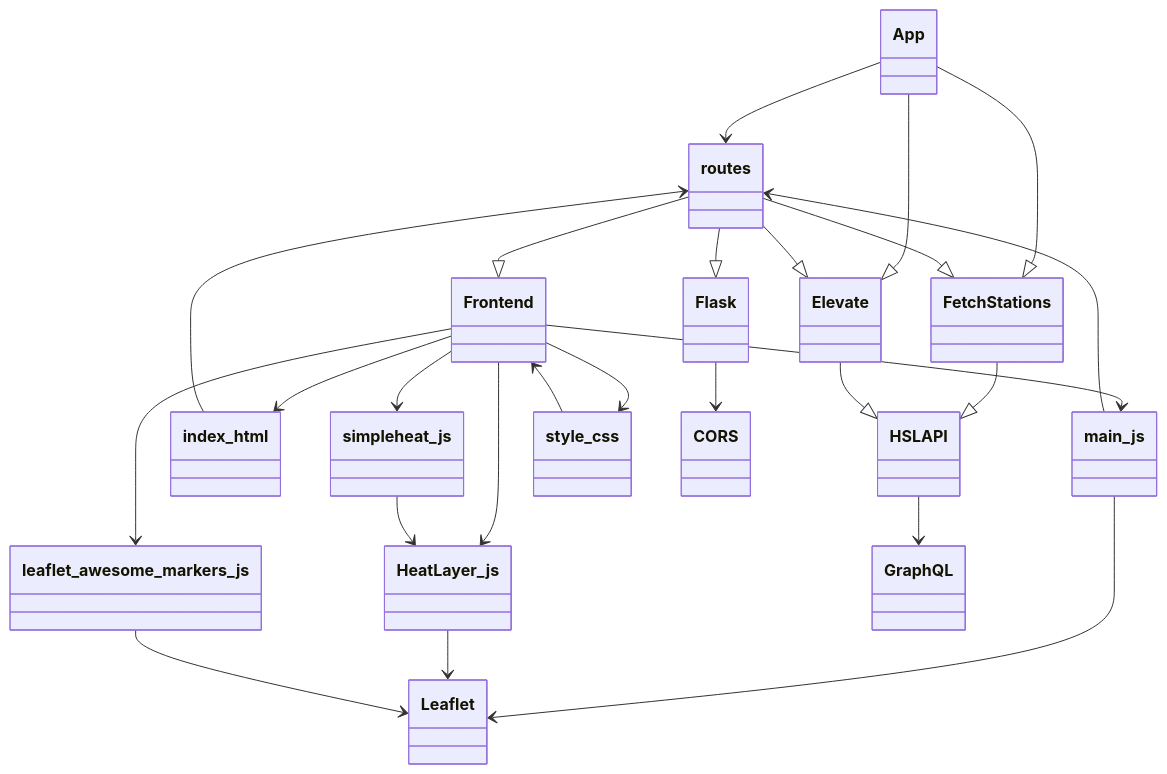
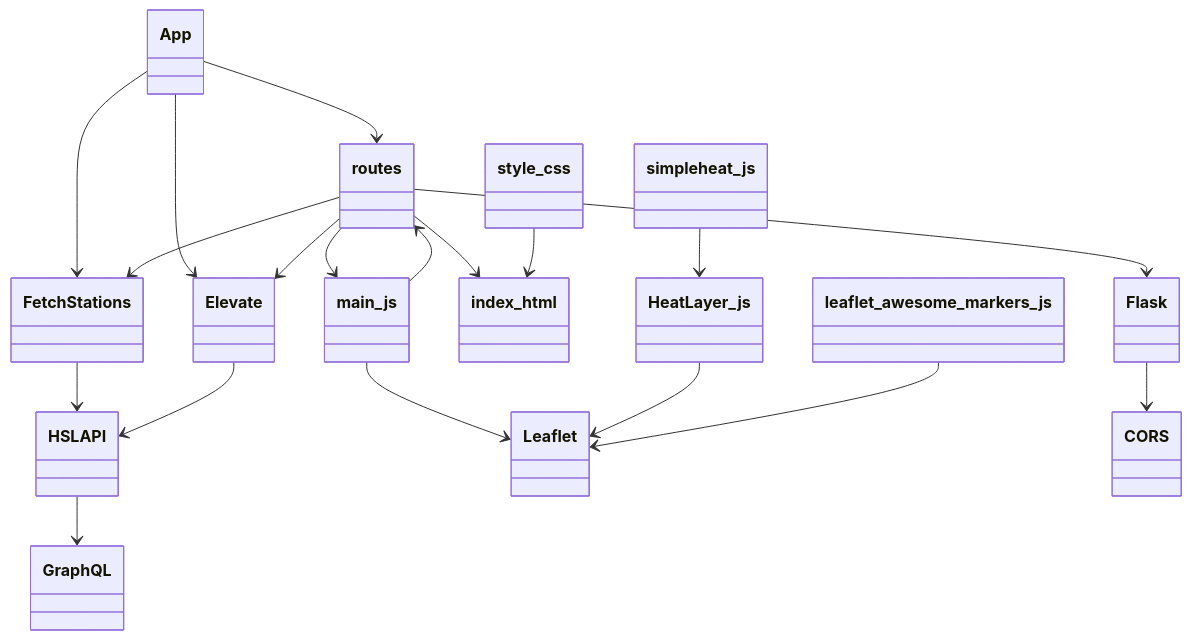
One commit to opturtio/ElevateR changed the first of 2 diagrams in doc/implementation_document.md. Above: the diagram before and after it, drawn with Mermaid.

````diff
--- a/doc/implementation_document.md
+++ b/doc/implementation_document.md
@@ -150,33 +150,25 @@
 ```mermaid
 classDiagram
-    App --|> FetchStations
-    App --|> Elevate
-    FetchStations --|> HSLAPI
-    Elevate --|> HSLAPI
+    App --> FetchStations
+    App --> Elevate
+    FetchStations --> HSLAPI
+    Elevate --> HSLAPI
 
     App --> routes
 
-    routes --|> Flask
-    routes --|> FetchStations
-    routes --|> Elevate
-    routes --|> Frontend
+    routes --> Flask
+    routes --> FetchStations
+    routes --> Elevate
+    routes --> index_html
+    routes --> main_js
 
-    Frontend --> index_html
-    Frontend --> main_js
-    Frontend --> HeatLayer_js
-    Frontend --> simpleheat_js
-    Frontend --> leaflet_awesome_markers_js
-    Frontend --> style_css
-
-    index_html --> routes
     main_js --> Leaflet
     main_js --> routes
     HeatLayer_js --> Leaflet
     simpleheat_js --> HeatLayer_js
     leaflet_awesome_markers_js --> Leaflet
-    style_css --> Frontend
+    style_css --> index_html
 
     HSLAPI --> GraphQL
     Flask --> CORS
-
 ```
````
